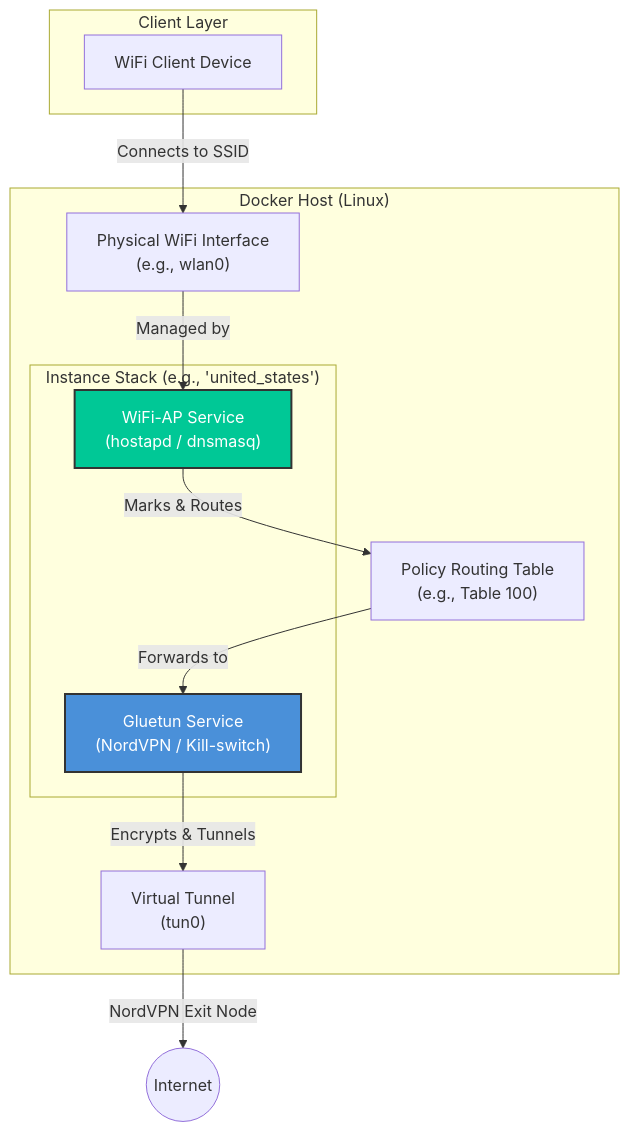
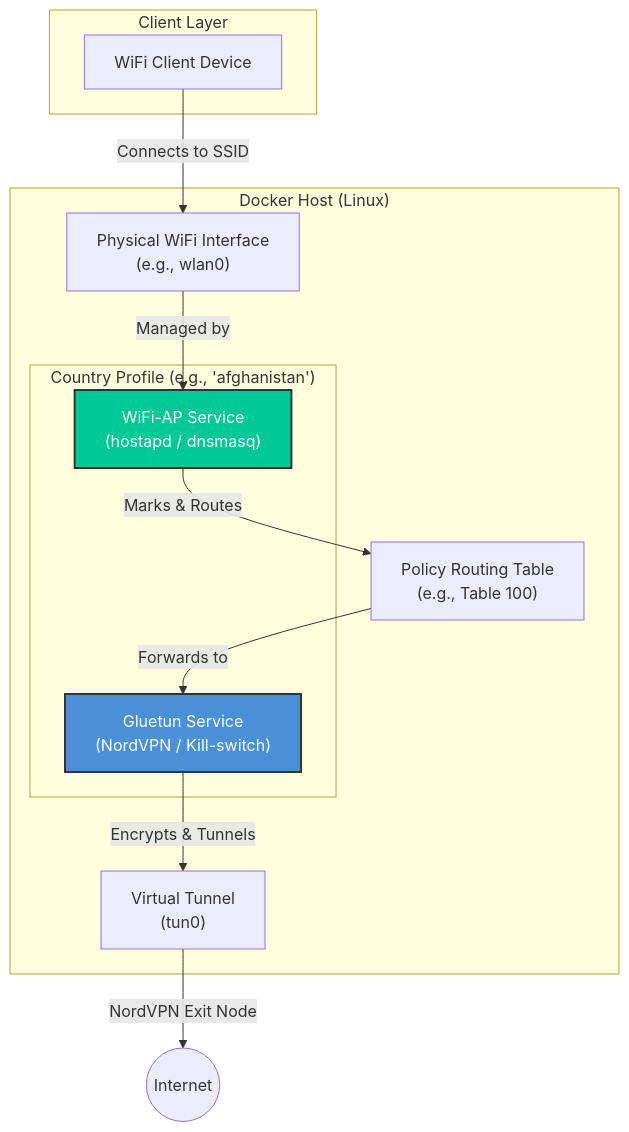
One commit to virajt71/nordvpn_ap changed the first of 2 diagrams in README.md. Above: the diagram before and after it, drawn with Mermaid. The commit also changed other lines of this file and 6 other files, not shown here.

````diff
--- a/README.md
+++ b/README.md
@@ -22,27 +23,27 @@
 ```mermaid
 graph TD
     subgraph "Client Layer"
         C[WiFi Client Device]
     end
 
     subgraph "Docker Host (Linux)"
-        subgraph "Instance Stack (e.g., 'united_states')"
+        subgraph "Country Profile (e.g., 'afghanistan')"
             AP["WiFi-AP Service<br/>(hostapd / dnsmasq)"]
             GT["Gluetun Service<br/>(NordVPN / Kill-switch)"]
         end
         
         WIFI["Physical WiFi Interface<br/>(e.g., wlan0)"]
         RT["Policy Routing Table<br/>(e.g., Table 100)"]
         TUN["Virtual Tunnel<br/>(tun0)"]
     end
 
     C -- Connects to SSID --> WIFI
     WIFI -- Managed by --> AP
     AP -- "Marks & Routes" --> RT
     RT -- "Forwards to" --> GT
     GT -- "Encrypts & Tunnels" --> TUN
     TUN -- "NordVPN Exit Node" --> Internet((Internet))
 
     style GT fill:#4a90d9,stroke:#333,stroke-width:2px,color:#fff
     style AP fill:#00c896,stroke:#333,stroke-width:2px,color:#fff
 ```
````
